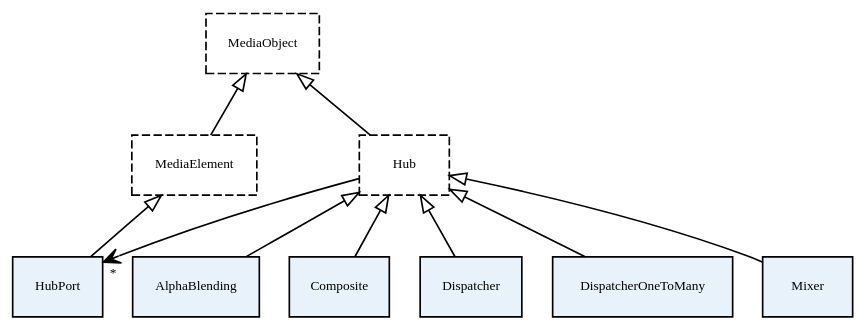
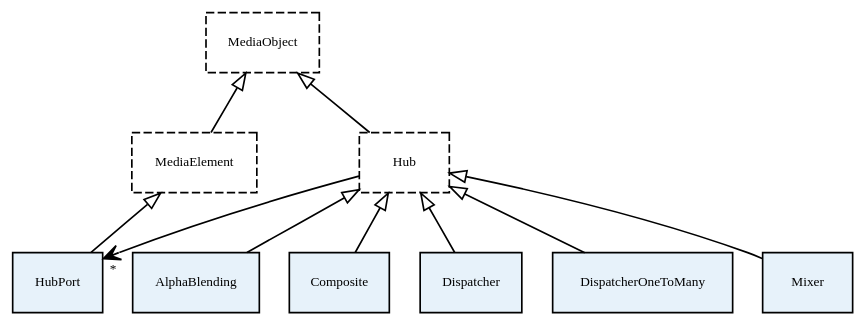
One commit to Kurento/doc-kurento-readthedocs changed the diagram in source/images/graphs/hubs.dot. Above: the diagram before and after it, drawn with Graphviz. The commit also changed 40 other files, not shown here.

```diff
--- a/source/images/graphs/hubs.dot
+++ b/source/images/graphs/hubs.dot
@@ -1,36 +1,36 @@
 digraph hubs {
   bgcolor = "transparent";
   fontname = "Bitstream Vera Sans";
   fontsize = 8;
   size = "12,8";
 
   edge [
     arrowtail = "empty";
     dir = "back";
     fontname = "Bitstream Vera Sans";
     fontsize = 8;
   ]
 
   node [
     fillcolor = "#E7F2FA";
     fontname = "Bitstream Vera Sans";
     fontsize = 8;
-    shape = "record";
+    shape = "rect";
     style = "dashed";
   ]
 
   "MediaObject" -> "Hub";
   "MediaObject" -> "MediaElement";
 
   node [ style = "filled" ]
 
   "MediaElement" -> "HubPort";
 
   "Hub" -> "HubPort" [headlabel = "*", constraint = false, dir = normal, arrowhead = "vee", labelangle = -70.0, labeldistance = 0.9];
 
   "Hub" -> "AlphaBlending";
   "Hub" -> "Composite";
   "Hub" -> "Dispatcher";
   "Hub" -> "DispatcherOneToMany";
   "Hub" -> "Mixer";
 }
```
